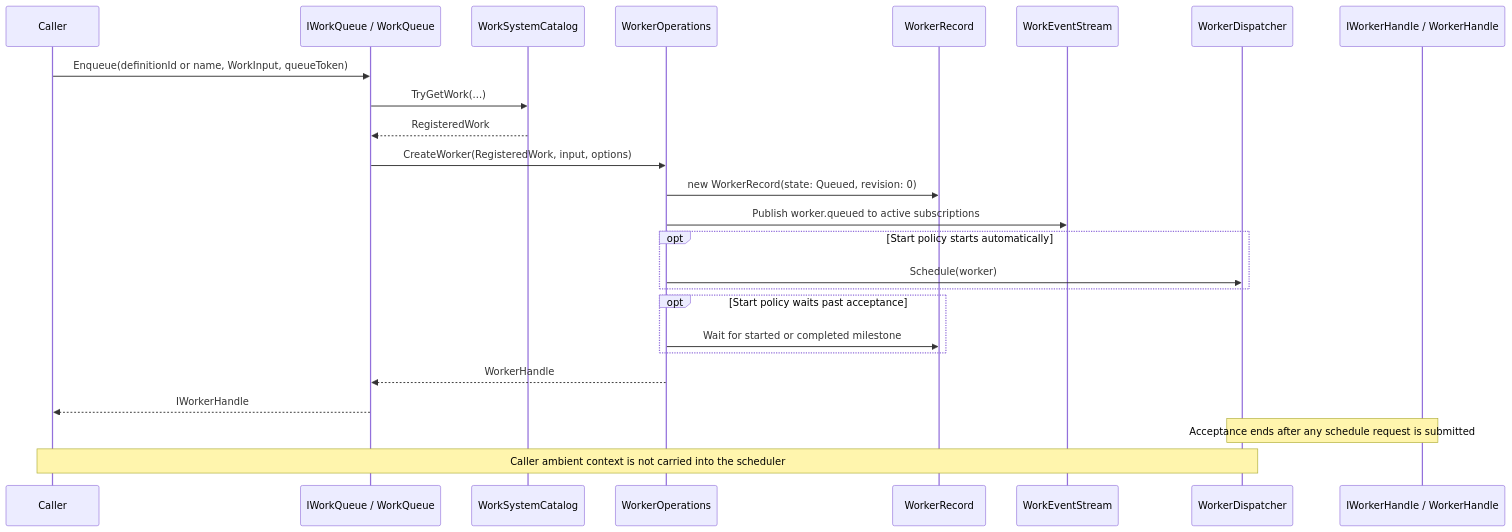
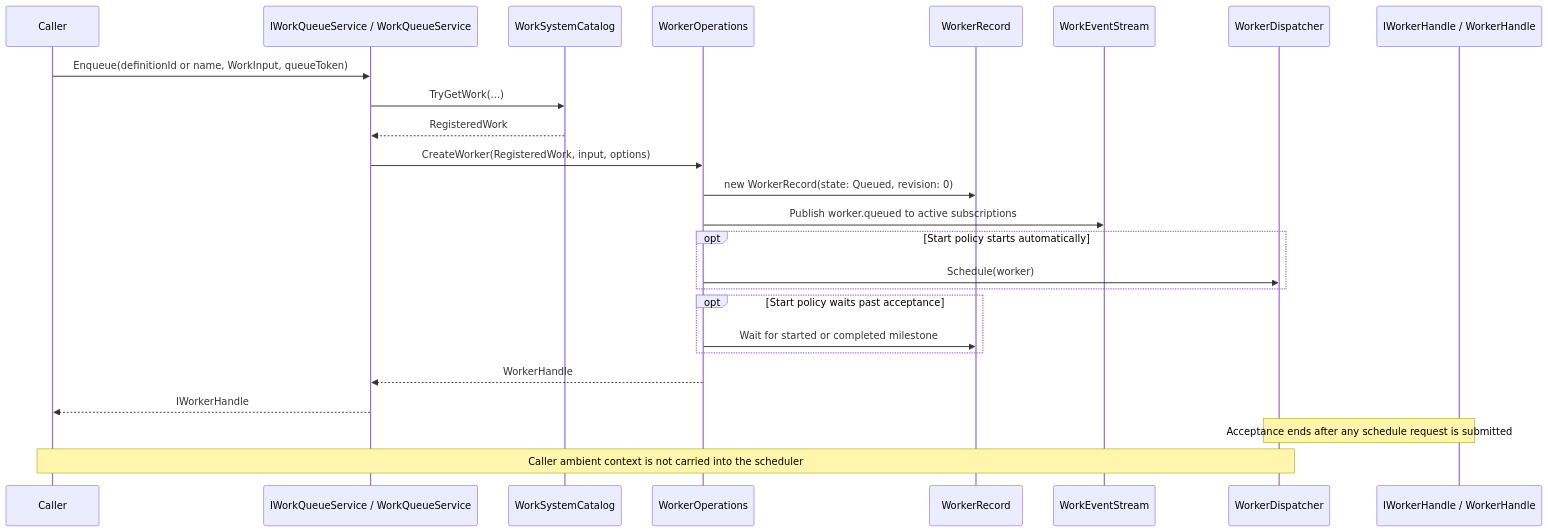
Before and after one commit to aliendomain/workable: the first of 5 diagrams in docs/work-lifecycle.md, drawn with Mermaid. The commit also changed other lines of this file and 13 other files, not shown here.

First line of the commit message:
Rename work queue surface to service

````diff
--- a/docs/work-lifecycle.md
+++ b/docs/work-lifecycle.md
@@ -15,30 +15,30 @@
 ```mermaid
 sequenceDiagram
     participant Caller
-    participant Queue as IWorkQueue / WorkQueue
+    participant Queue as IWorkQueueService / WorkQueueService
     participant Catalog as WorkSystemCatalog
     participant Ops as WorkerOperations
     participant Record as WorkerRecord
     participant Events as WorkEventStream
     participant Dispatcher as WorkerDispatcher
     participant Handle as IWorkerHandle / WorkerHandle
 
     Caller->>Queue: Enqueue(definitionId or name, WorkInput, queueToken)
     Queue->>Catalog: TryGetWork(...)
     Catalog-->>Queue: RegisteredWork
     Queue->>Ops: CreateWorker(RegisteredWork, input, options)
 
     Ops->>Record: new WorkerRecord(state: Queued, revision: 0)
     Ops->>Events: Publish worker.queued to active subscriptions
     opt Start policy starts automatically
     Ops->>Dispatcher: Schedule(worker)
     end
     opt Start policy waits past acceptance
     Ops->>Record: Wait for started or completed milestone
     end
     Ops-->>Queue: WorkerHandle
     Queue-->>Caller: IWorkerHandle
 
     Note over Dispatcher,Handle: Acceptance ends after any schedule request is submitted
     Note over Caller,Dispatcher: Caller ambient context is not carried into the scheduler
 ```
````
